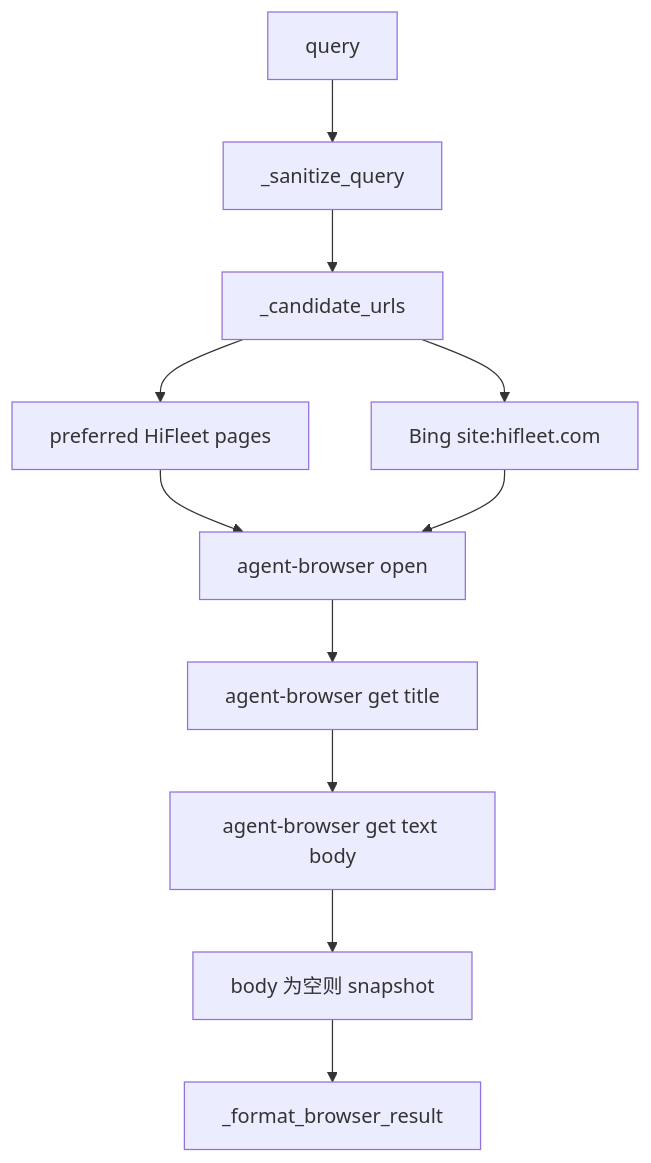
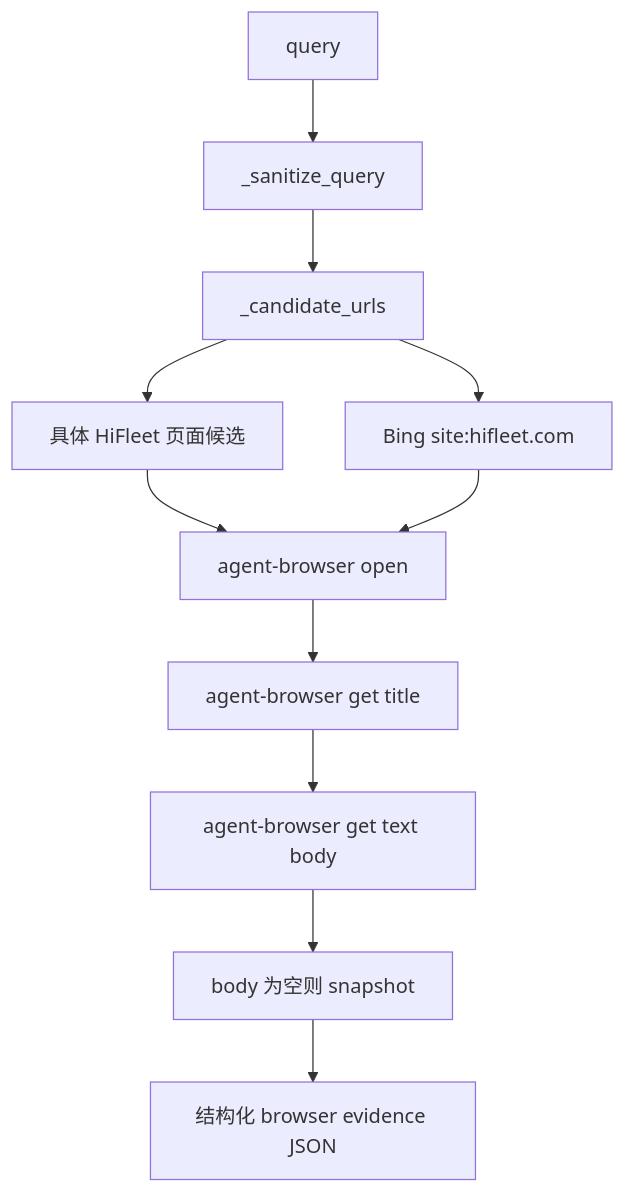
One commit to lr12338/hifleet-agent changed the diagram in docs/agent_browser_fallback_integration.md. Above: the diagram before and after it, drawn with Mermaid. The commit also changed other lines of this file and 12 other files, not shown here.

````diff
--- a/docs/agent_browser_fallback_integration.md
+++ b/docs/agent_browser_fallback_integration.md
@@ -75,13 +80,13 @@
 ```mermaid
 flowchart TD
     A[query] --> B[_sanitize_query]
     B --> C[_candidate_urls]
-    C --> D[preferred HiFleet pages]
+    C --> D[具体 HiFleet 页面候选]
     C --> E[Bing site:hifleet.com]
     D --> F[agent-browser open]
     E --> F
     F --> G[agent-browser get title]
     G --> H[agent-browser get text body]
     H --> I[body 为空则 snapshot]
-    I --> J[_format_browser_result]
+    I --> J[结构化 browser evidence JSON]
 ```
````
